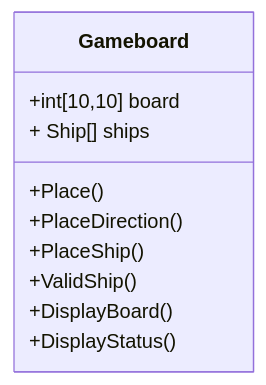
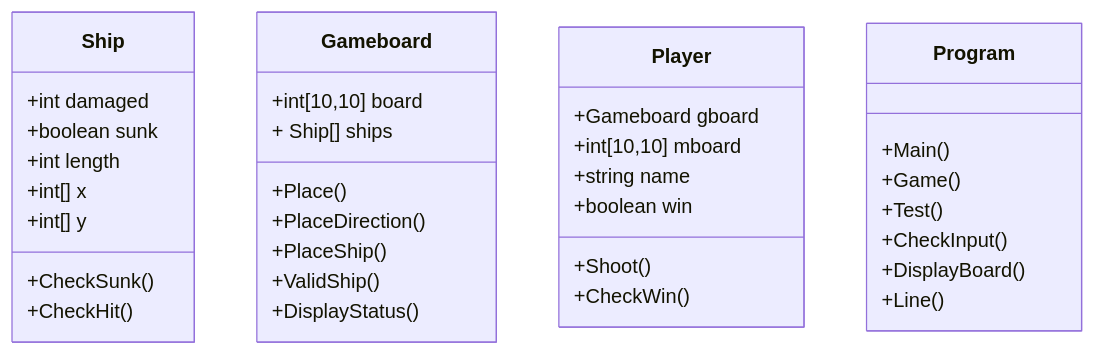
Before and after one commit to Jackpang-kings/Battleships: the diagram in README.md, drawn with Mermaid. The commit also changed other lines of this file and 9 other files, not shown here.

````diff
--- a/README.md
+++ b/README.md
@@ -87,25 +10,61 @@
 ```mermaid
 
-    classDiagram
+classDiagram
 
-        class Gameboard{
+    class Ship{
+
+        +int damaged
+
+        +boolean sunk
+
+        +int length
+
+        +int[] x
+
+        +int[] y
+
+        +CheckSunk()
+		+CheckHit()
+    }
+class Gameboard{
 
             +int[10,10] board
 
             + Ship[] ships
 
             +Place()
 
             +PlaceDirection()
 
             +PlaceShip()
 
             +ValidShip()
 
-            +DisplayBoard()
-
             +DisplayStatus()
 
         }
+    class Player{
+
+        +Gameboard gboard
+
+        +int[10,10] mboard
+
+        +string name
+
+        +boolean win
+
+        +Shoot()
+
+        +CheckWin()
+
+    }
+	class Program{
+		+Main()
+		+Game()
+		+Test()
+		+CheckInput()
+		+DisplayBoard()
+		+Line()
+	}
 
 ```
````
